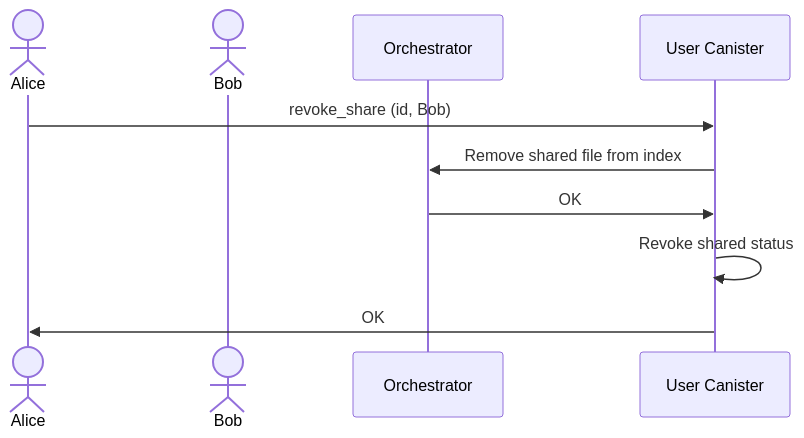
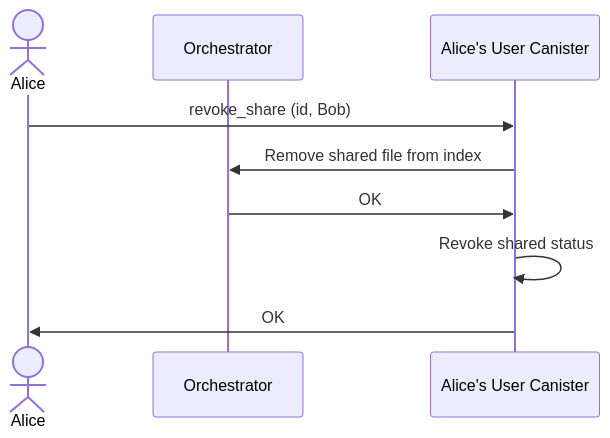
Before and after one commit to icp-hub-it/ic-docutrack: the fifth of 6 diagrams in docs/flows.md, drawn with Mermaid. The commit also changed other lines of this file, not shown here.

````diff
--- a/docs/flows.md
+++ b/docs/flows.md
@@ -73,13 +73,12 @@
 ```mermaid
 sequenceDiagram
     actor A as Alice
-    actor B as Bob
     participant O as Orchestrator
-    participant UC as User Canister
+    participant UC as Alice's User Canister
     A->>UC: revoke_share (id, Bob)
     UC->>O: Remove shared file from index
     O->>UC: OK
     UC->>UC: Revoke shared status
     UC->>A: OK
 
 ```
````
